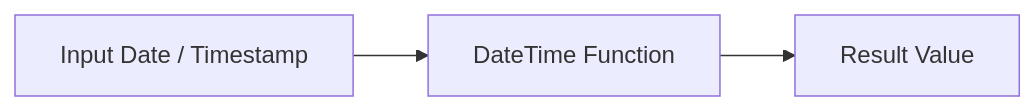
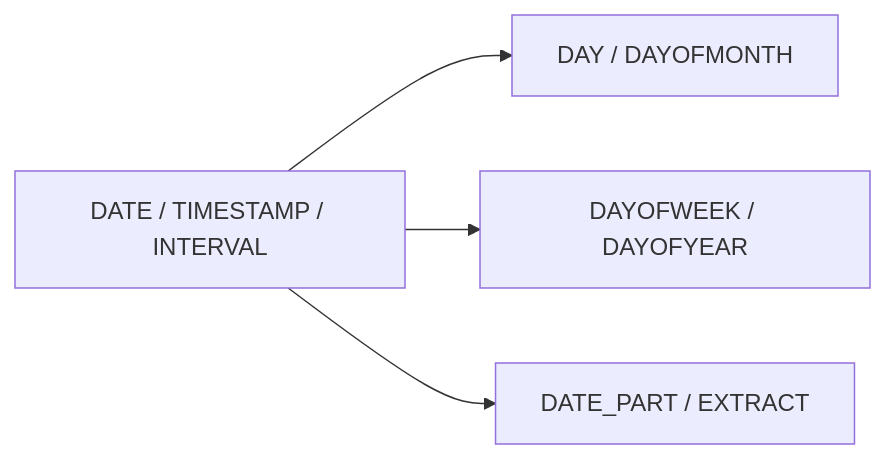
Before and after one commit to mahfooziiitian/spark-batch: the diagram in spark-sql/docs/functions/scalar/datetime/date/parts.md, drawn with Mermaid. The commit also changed other lines of this file and 809 other files, not shown here.

````diff
--- a/spark-sql/docs/functions/scalar/datetime/date/parts.md
+++ b/spark-sql/docs/functions/scalar/datetime/date/parts.md
@@ -5,5 +10,6 @@
 ```mermaid
 graph LR
-    A[Input Date / Timestamp] --> B[DateTime Function]
-    B --> C[Result Value]
+    A[DATE / TIMESTAMP / INTERVAL] --> B[DAY / DAYOFMONTH]
+    A --> C[DAYOFWEEK / DAYOFYEAR]
+    A --> D[DATE_PART / EXTRACT]
 ```
````
